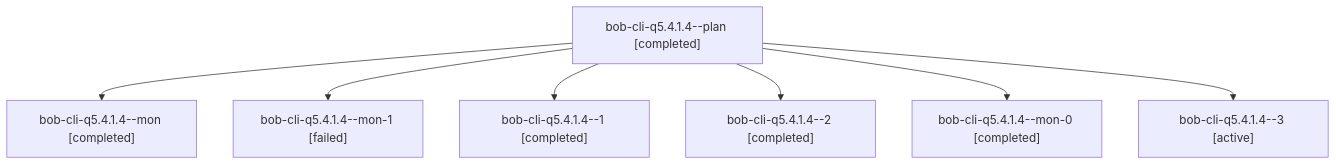
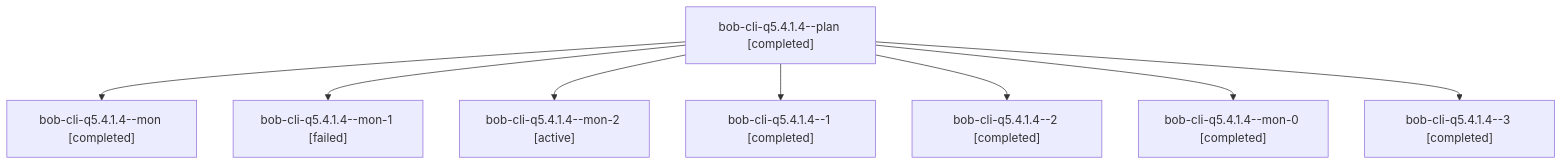
Before and after one commit to bobs-org/bob-cli--agents: the diagram in sessions/bbugyi200.athena.bob-cli-q5.4.1.4.md, drawn with Mermaid. The commit also changed other lines of this file and 138 other files, not shown here.

````diff
--- a/sessions/bbugyi200.athena.bob-cli-q5.4.1.4.md
+++ b/sessions/bbugyi200.athena.bob-cli-q5.4.1.4.md
@@ -9,16 +9,18 @@
 ```mermaid
 flowchart TD
   n0["bob-cli-q5.4.1.4--plan [completed]"]
   n1["bob-cli-q5.4.1.4--mon [completed]"]
   n0 --> n1
   n2["bob-cli-q5.4.1.4--mon-1 [failed]"]
   n0 --> n2
-  n3["bob-cli-q5.4.1.4--1 [completed]"]
+  n3["bob-cli-q5.4.1.4--mon-2 [active]"]
   n0 --> n3
-  n4["bob-cli-q5.4.1.4--2 [completed]"]
+  n4["bob-cli-q5.4.1.4--1 [completed]"]
   n0 --> n4
-  n5["bob-cli-q5.4.1.4--mon-0 [completed]"]
+  n5["bob-cli-q5.4.1.4--2 [completed]"]
   n0 --> n5
-  n6["bob-cli-q5.4.1.4--3 [active]"]
+  n6["bob-cli-q5.4.1.4--mon-0 [completed]"]
   n0 --> n6
+  n7["bob-cli-q5.4.1.4--3 [completed]"]
+  n0 --> n7
 ```
````
